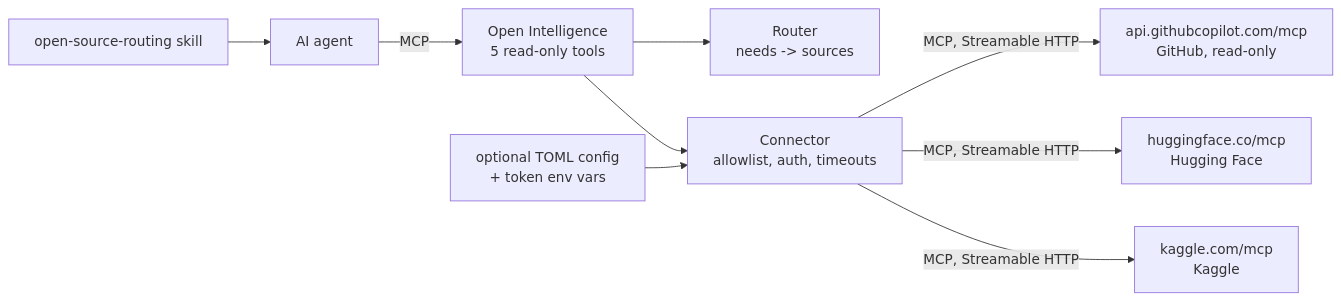
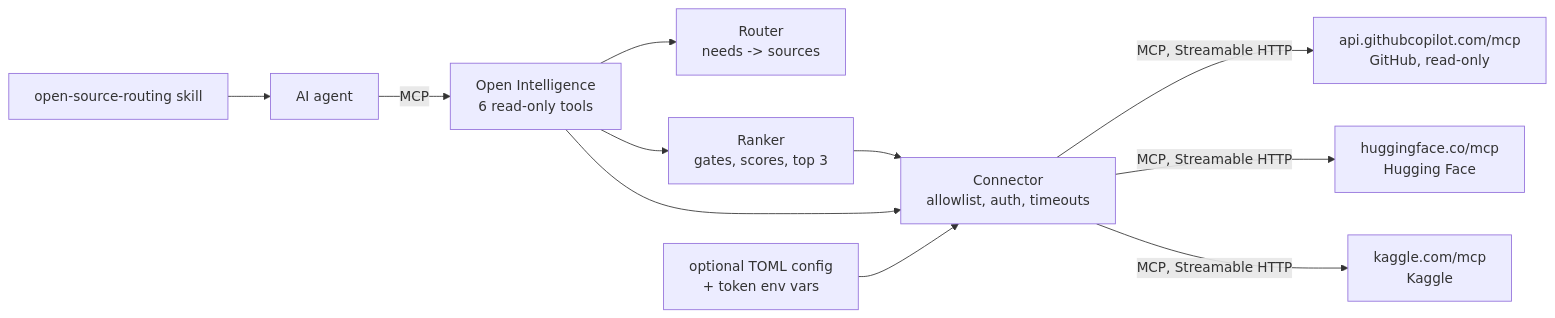
One commit to Qunivex/Open-Intelligence changed the first of 2 diagrams in docs/architecture.md. Above: the diagram before and after it, drawn with Mermaid. The commit also changed other lines of this file and 38 other files, not shown here.

First line of the commit message:
Ranking, first version: gates, scores and an explained top 3 per need

````diff
--- a/docs/architecture.md
+++ b/docs/architecture.md
@@ -6,11 +6,13 @@
 ```mermaid
 flowchart LR
-    Agent[AI agent] -- MCP --> OI[Open Intelligence<br/>5 read-only tools]
+    Agent[AI agent] -- MCP --> OI[Open Intelligence<br/>6 read-only tools]
     Skill[open-source-routing skill] --> Agent
     OI --> Router[Router<br/>needs -> sources]
+    OI --> Ranker[Ranker<br/>gates, scores, top 3]
+    Ranker --> Connector
     OI --> Connector[Connector<br/>allowlist, auth, timeouts]
     Connector -- MCP, Streamable HTTP --> GH[api.githubcopilot.com/mcp<br/>GitHub, read-only]
     Connector -- MCP, Streamable HTTP --> HF[huggingface.co/mcp<br/>Hugging Face]
     Connector -- MCP, Streamable HTTP --> KG[kaggle.com/mcp<br/>Kaggle]
     Config[optional TOML config<br/>+ token env vars] --> Connector
 ```
````
